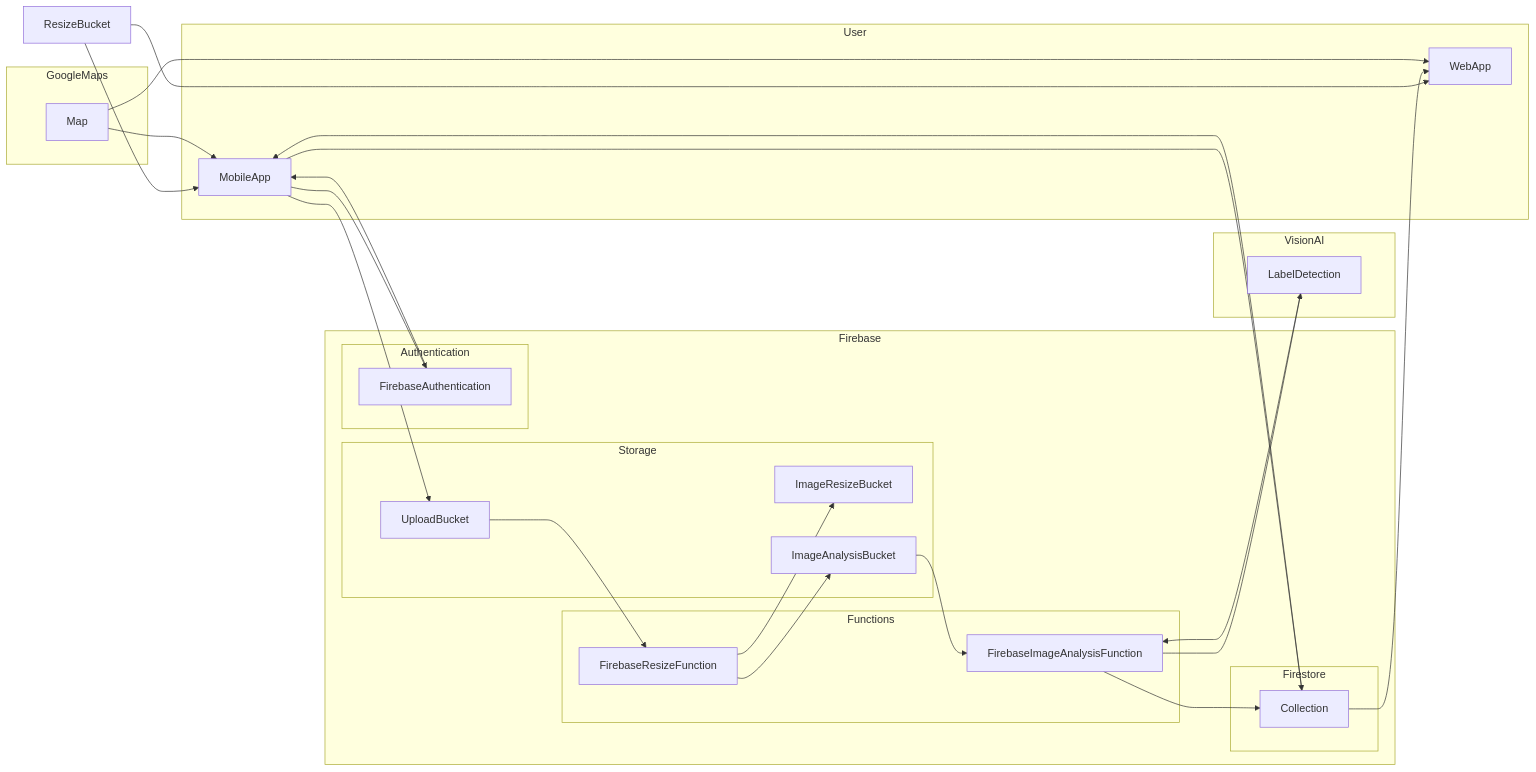
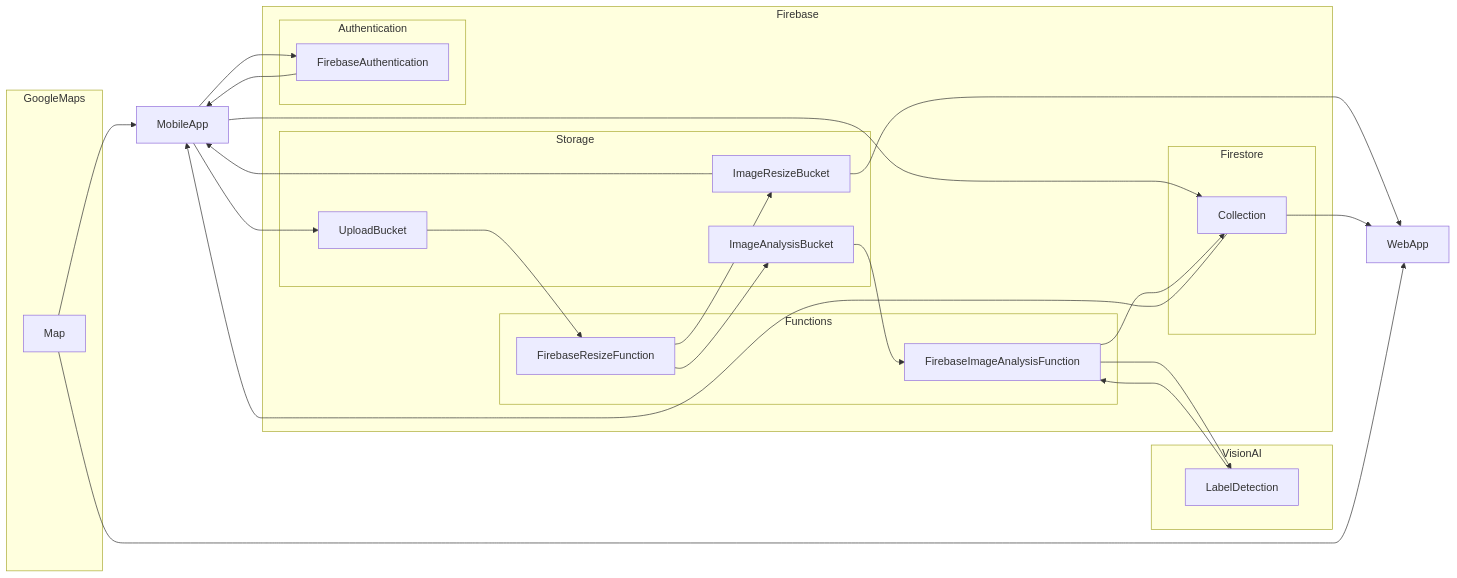
The diagram in README.md (zorrokid/nature-photos), drawn with Mermaid before and after one commit.

````diff
--- a/README.md
+++ b/README.md
@@ -5,54 +5,54 @@
 ```mermaid
 graph LR
 
-  subgraph User
-    MobileApp
-    WebApp
-  end
+  MobileApp
+
+  WebApp
 
   subgraph GoogleMaps
     Map
   end
 
   subgraph VisionAI
     LabelDetection
   end
 
   subgraph Firebase
     subgraph Storage
        UploadBucket 
        ImageResizeBucket
        ImageAnalysisBucket
     end
     subgraph Firestore
        Collection 
     end
 
     subgraph Functions
       FirebaseResizeFunction
       FirebaseImageAnalysisFunction
     end
 
     subgraph Authentication
       FirebaseAuthentication
     end
+
   end
 
   MobileApp --> UploadBucket 
   Collection --> MobileApp 
   MobileApp --> Collection
   MobileApp --> FirebaseAuthentication
   FirebaseAuthentication --> MobileApp
   UploadBucket --> FirebaseResizeFunction
   FirebaseResizeFunction --> ImageResizeBucket 
   FirebaseResizeFunction --> ImageAnalysisBucket 
   ImageAnalysisBucket --> FirebaseImageAnalysisFunction
   FirebaseImageAnalysisFunction --> Collection 
   FirebaseImageAnalysisFunction --> LabelDetection
   LabelDetection --> FirebaseImageAnalysisFunction
-  ResizeBucket --> MobileApp
-  ResizeBucket --> WebApp
+  ImageResizeBucket --> MobileApp
+  ImageResizeBucket --> WebApp
   Collection --> WebApp
   Map --> MobileApp
   Map --> WebApp
 ```
````
